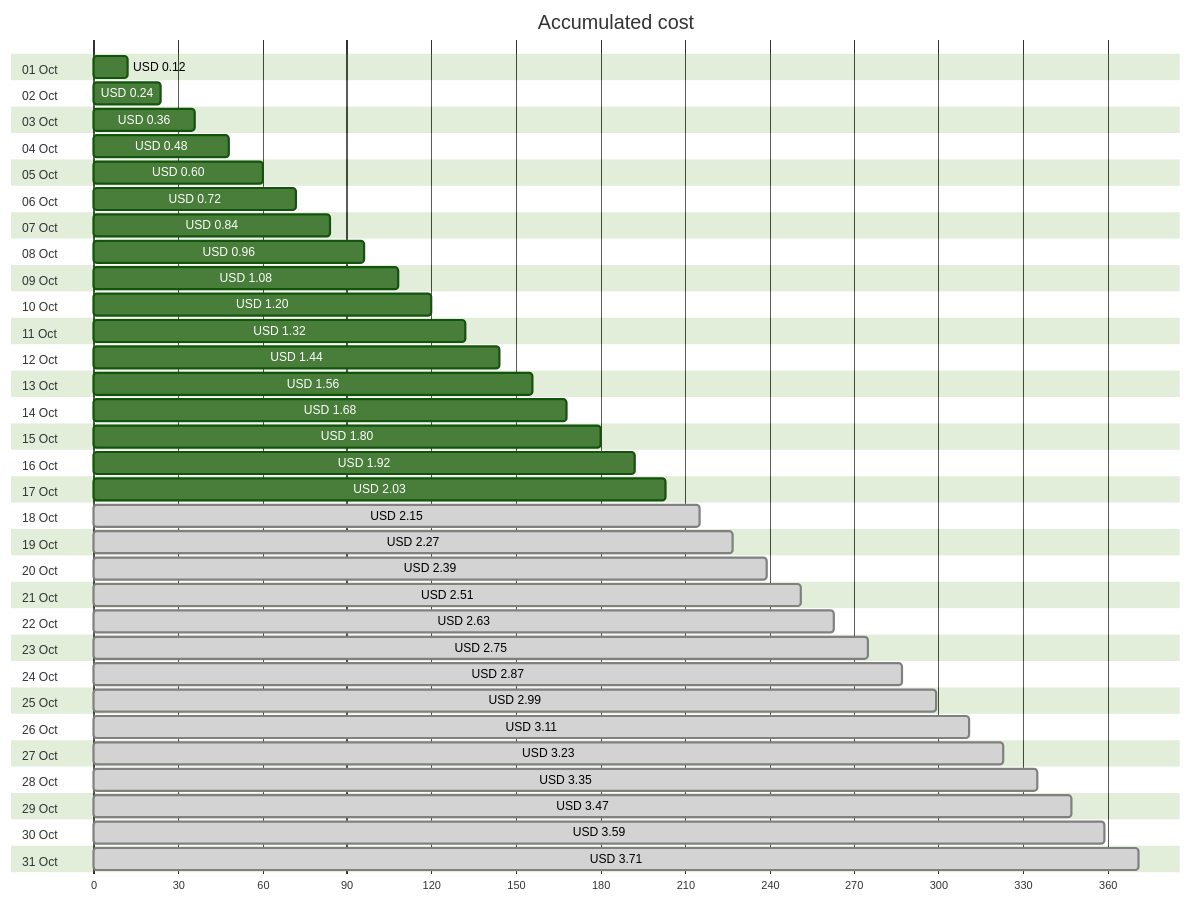
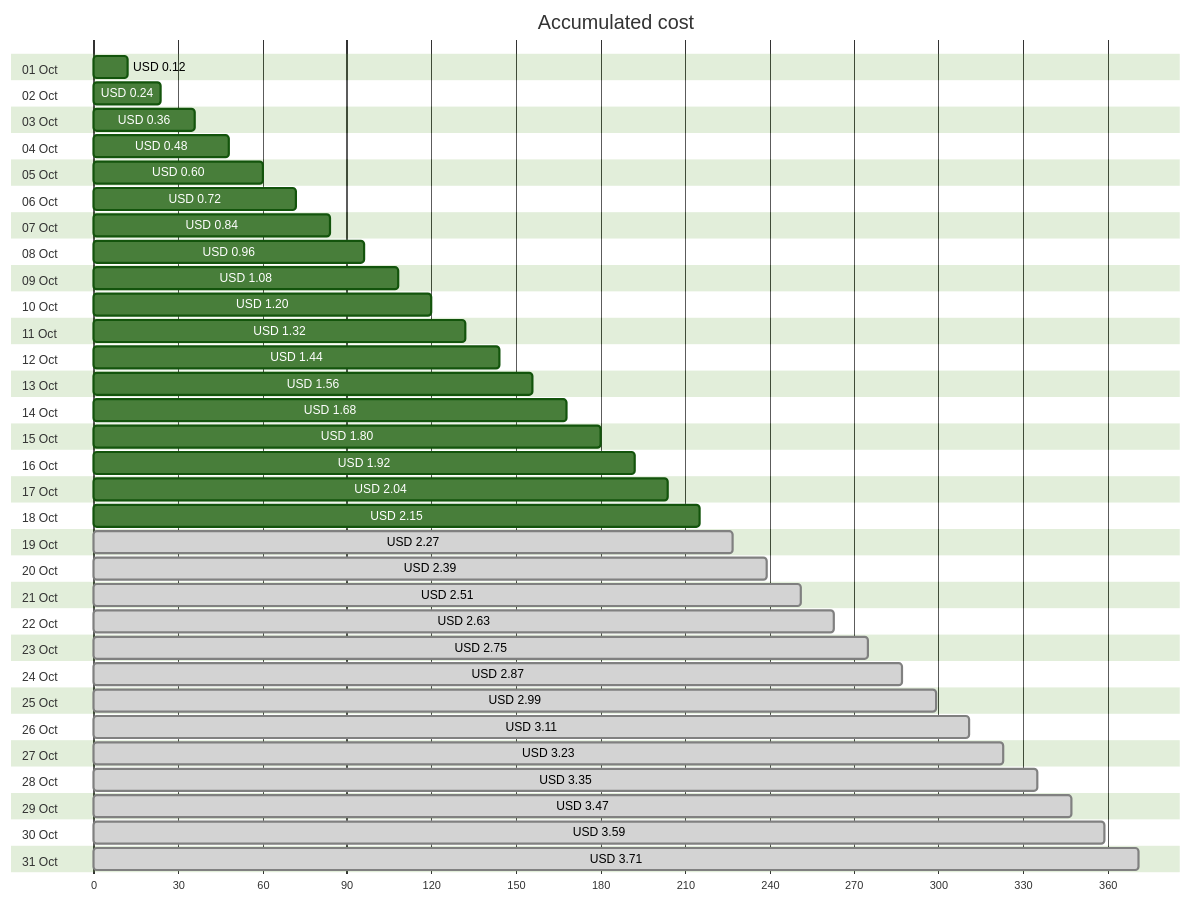
One commit to jpfulton/azure-personal-reports changed the first of 4 diagrams in cost-reports/personal-network/backup-server-public-ip.md. Above: the diagram before and after it, drawn with Mermaid (forest theme). The commit also changed other lines of this file and 8 other files, not shown here.

````diff
--- a/cost-reports/personal-network/backup-server-public-ip.md
+++ b/cost-reports/personal-network/backup-server-public-ip.md
@@ -20,68 +20,68 @@
 ```mermaid
 gantt
    title Accumulated cost
    dateFormat  X
    axisFormat %s
    section 01 Oct
    USD 0.12 :0, 12
    section 02 Oct
    USD 0.24 :0, 24
    section 03 Oct
    USD 0.36 :0, 36
    section 04 Oct
    USD 0.48 :0, 48
    section 05 Oct
    USD 0.60 :0, 60
    section 06 Oct
    USD 0.72 :0, 72
    section 07 Oct
    USD 0.84 :0, 84
    section 08 Oct
    USD 0.96 :0, 96
    section 09 Oct
    USD 1.08 :0, 108
    section 10 Oct
    USD 1.20 :0, 120
    section 11 Oct
    USD 1.32 :0, 132
    section 12 Oct
    USD 1.44 :0, 144
    section 13 Oct
    USD 1.56 :0, 156
    section 14 Oct
    USD 1.68 :0, 168
    section 15 Oct
    USD 1.80 :0, 180
    section 16 Oct
    USD 1.92 :0, 192
    section 17 Oct
-   USD 2.03 :0, 203
+   USD 2.04 :0, 204
    section 18 Oct
-   USD 2.15 : done, 0, 215
+   USD 2.15 :0, 215
    section 19 Oct
    USD 2.27 : done, 0, 227
    section 20 Oct
    USD 2.39 : done, 0, 239
    section 21 Oct
    USD 2.51 : done, 0, 251
    section 22 Oct
    USD 2.63 : done, 0, 263
    section 23 Oct
    USD 2.75 : done, 0, 275
    section 24 Oct
    USD 2.87 : done, 0, 287
    section 25 Oct
    USD 2.99 : done, 0, 299
    section 26 Oct
    USD 3.11 : done, 0, 311
    section 27 Oct
    USD 3.23 : done, 0, 323
    section 28 Oct
    USD 3.35 : done, 0, 335
    section 29 Oct
    USD 3.47 : done, 0, 347
    section 30 Oct
    USD 3.59 : done, 0, 359
    section 31 Oct
    USD 3.71 : done, 0, 371
 ```
````
